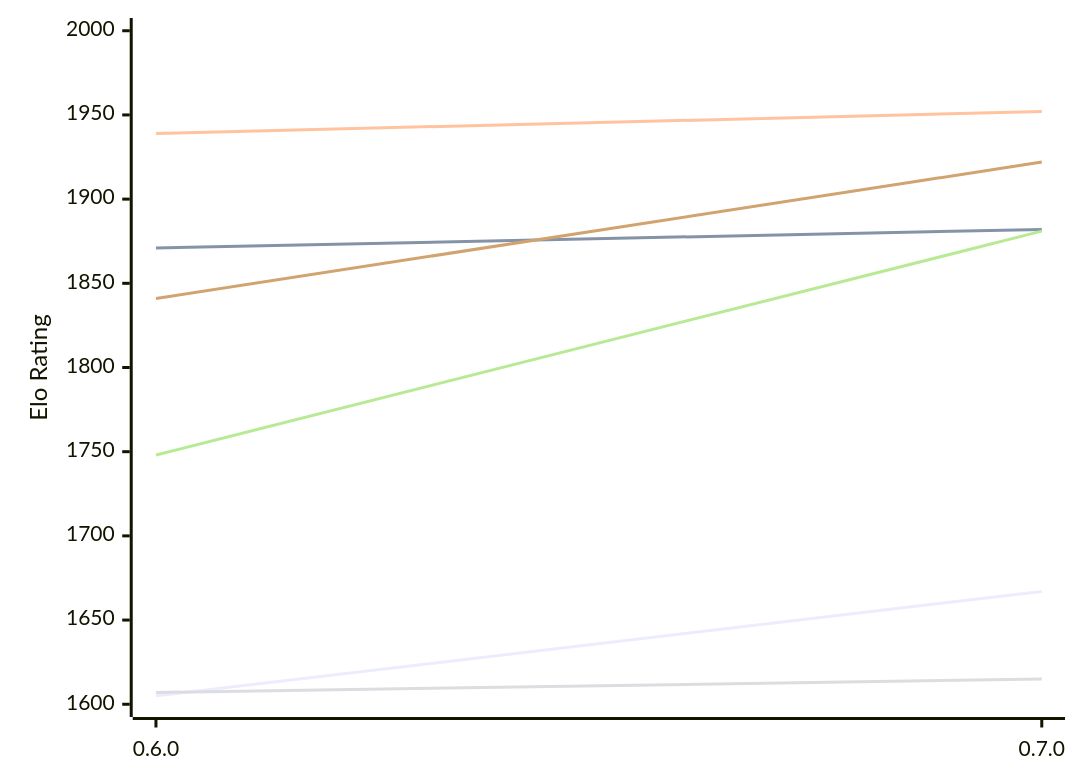
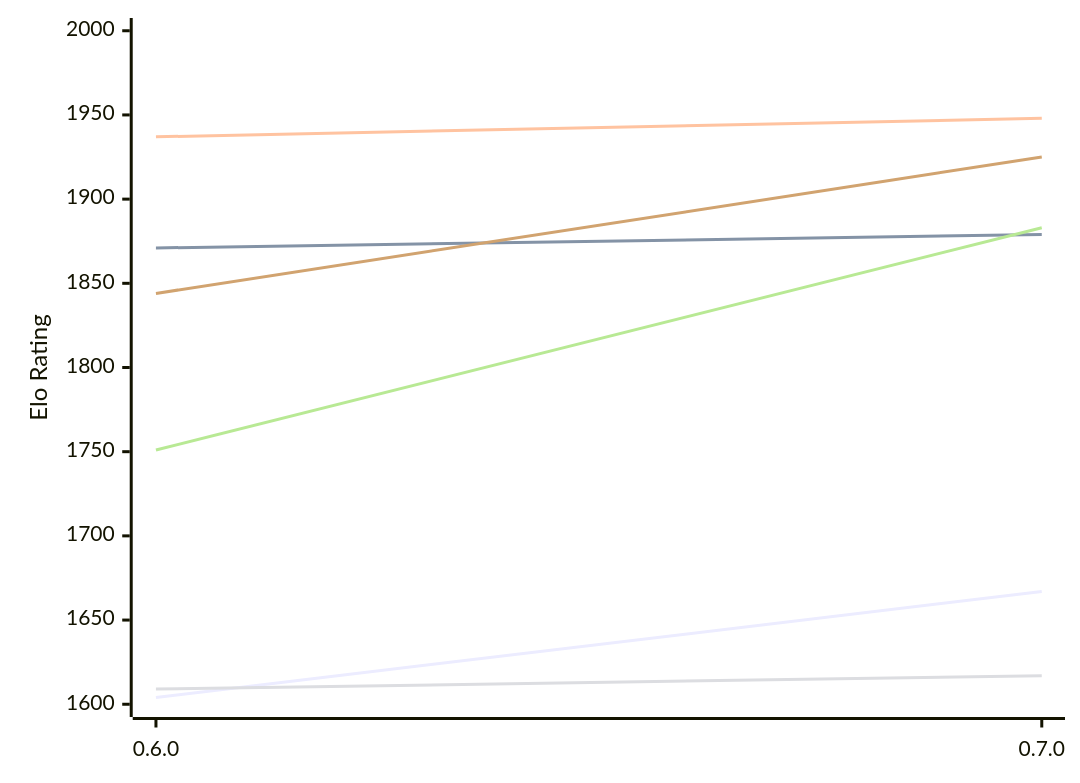
Before and after one commit to computer-chess-index/cci: the first of 2 diagrams in engines/Chess-rs.md, drawn with Mermaid. The commit also changed other lines of this file, not shown here.

Commit message:
Update CCI Ratings (ELO VLTC) - 2026-11-23

````diff
--- a/engines/Chess-rs.md
+++ b/engines/Chess-rs.md
@@ -51,12 +51,12 @@
 ```mermaid
 %%{init: {"theme":"base","themeVariables":{"seriesColors:['#a3a3a3','#222221','#faa371']}}}%%
 xychart-beta
   x-axis ["0.6.0", "0.7.0"]
   y-axis "Elo Rating" 1600 --> 2000
-  line "E1: STC (8.0+0.08s)" [1605, 1667]
-  line "E1: LTC (60.0+0.60s)" [1871, 1882]
-  line "E1: VLTC (2m24s+1.12s)" [1939, 1952]
-  line "P1: STC (8.0+0.08s)" [1607, 1615]
-  line "P1: LTC (60.0+0.60s)" [1748, 1881]
-  line "P1: VLTC (2m24s+1.12s)" [1841, 1922]
+  line "E1: STC (8.0+0.08s)" [1604, 1667]
+  line "E1: LTC (60.0+0.60s)" [1871, 1879]
+  line "E1: VLTC (2m24s+1.12s)" [1937, 1948]
+  line "P1: STC (8.0+0.08s)" [1609, 1617]
+  line "P1: LTC (60.0+0.60s)" [1751, 1883]
+  line "P1: VLTC (2m24s+1.12s)" [1844, 1925]
 ```
````
